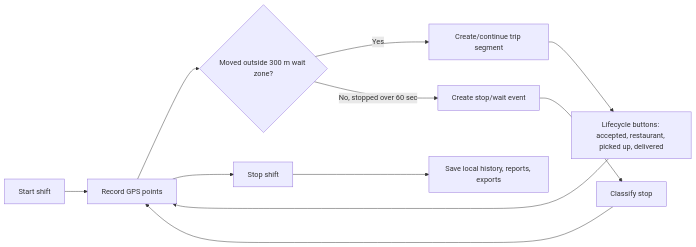
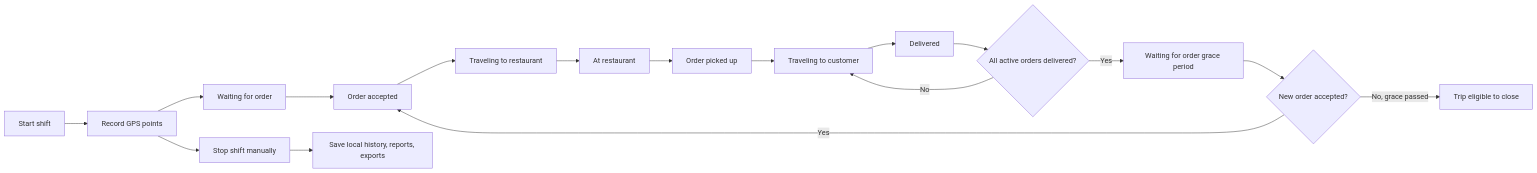
One commit to MiteshChakma/Andoid changed the diagram in delivery-route-tracker-flutter/README.md. Above: the diagram before and after it, drawn with Mermaid. The commit also changed other lines of this file, not shown here.

````diff
--- a/delivery-route-tracker-flutter/README.md
+++ b/delivery-route-tracker-flutter/README.md
@@ -47,13 +47,19 @@
 ```mermaid
 flowchart LR
   A["Start shift"] --> B["Record GPS points"]
-  B --> C{"Moved outside 300 m wait zone?"}
-  C -- "Yes" --> D["Create/continue trip segment"]
-  C -- "No, stopped over 60 sec" --> E["Create stop/wait event"]
-  E --> F["Classify stop"]
-  F --> B
-  D --> G["Lifecycle buttons: accepted, restaurant, picked up, delivered"]
-  G --> B
-  B --> H["Stop shift"]
-  H --> I["Save local history, reports, exports"]
+  B --> C["Waiting for order"]
+  C --> D["Order accepted"]
+  D --> E["Traveling to restaurant"]
+  E --> F["At restaurant"]
+  F --> G["Order picked up"]
+  G --> H["Traveling to customer"]
+  H --> I["Delivered"]
+  I --> J{"All active orders delivered?"}
+  J -- "No" --> H
+  J -- "Yes" --> K["Waiting for order grace period"]
+  K --> L{"New order accepted?"}
+  L -- "Yes" --> D
+  L -- "No, grace passed" --> M["Trip eligible to close"]
+  B --> N["Stop shift manually"]
+  N --> O["Save local history, reports, exports"]
 ```
````
